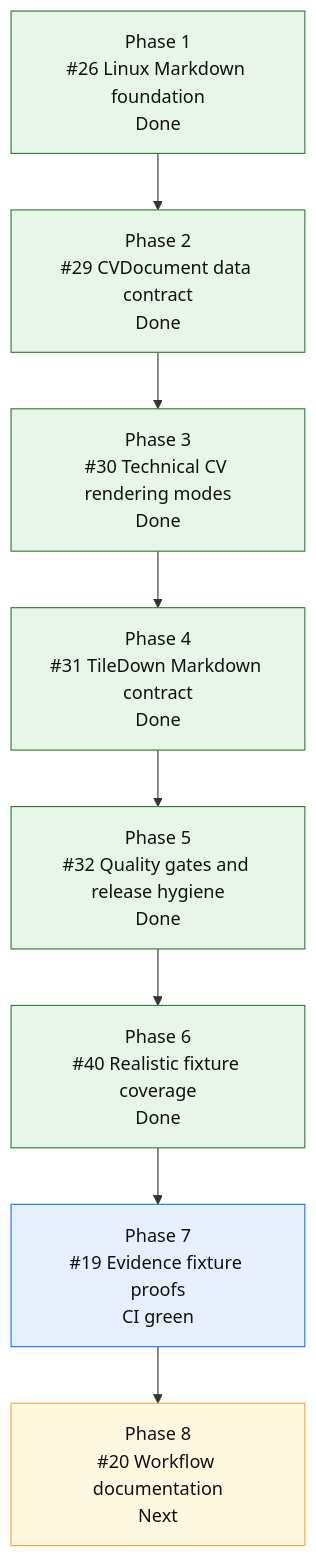
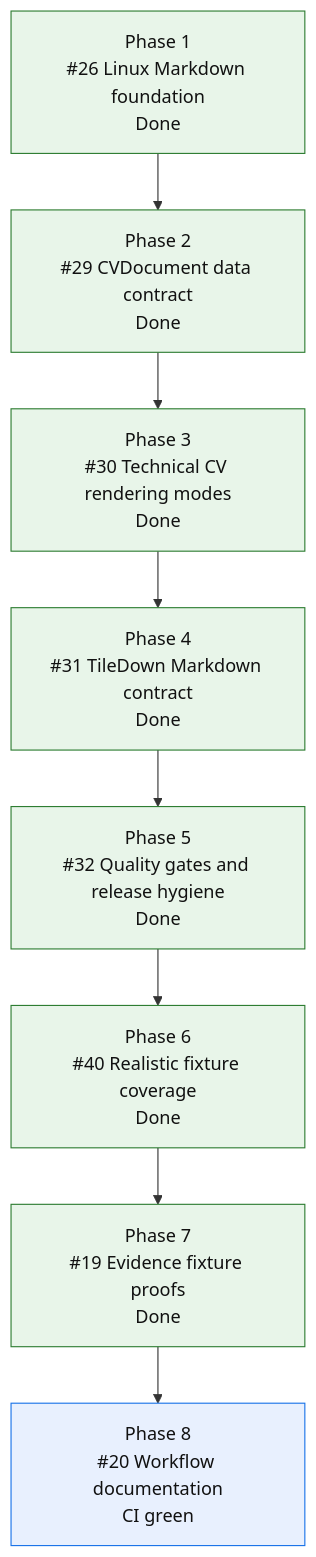
Before and after one commit to mihaelamj/cvbuilder: the diagram in README.md, drawn with Mermaid. The commit also changed other lines of this file and 4 other files, not shown here.

````diff
--- a/README.md
+++ b/README.md
@@ -154,24 +156,23 @@
 ```mermaid
 flowchart TD
     P1["Phase 1<br/>#26 Linux Markdown foundation<br/>Done"]
     P2["Phase 2<br/>#29 CVDocument data contract<br/>Done"]
     P3["Phase 3<br/>#30 Technical CV rendering modes<br/>Done"]
     P4["Phase 4<br/>#31 TileDown Markdown contract<br/>Done"]
     P5["Phase 5<br/>#32 Quality gates and release hygiene<br/>Done"]
     P6["Phase 6<br/>#40 Realistic fixture coverage<br/>Done"]
-    P7["Phase 7<br/>#19 Evidence fixture proofs<br/>CI green"]
-    P8["Phase 8<br/>#20 Workflow documentation<br/>Next"]
+    P7["Phase 7<br/>#19 Evidence fixture proofs<br/>Done"]
+    P8["Phase 8<br/>#20 Workflow documentation<br/>CI green"]
 
     P1 --> P2 --> P3 --> P4 --> P5 --> P6 --> P7 --> P8
 
     classDef done fill:#e8f5e9,stroke:#2e7d32,color:#111;
     classDef active fill:#fff3e0,stroke:#ef6c00,color:#111;
     classDef review fill:#e8f0fe,stroke:#1a73e8,color:#111;
     classDef next fill:#fff8e1,stroke:#f9a825,color:#111;
     classDef partial fill:#e0f7fa,stroke:#00838f,color:#111;
     classDef todo fill:#eef3ff,stroke:#3367d6,color:#111;
     class P1,P2,P3,P4 done;
-    class P5,P6 done;
-    class P7 review;
-    class P8 next;
+    class P5,P6,P7 done;
+    class P8 review;
 ```
````
